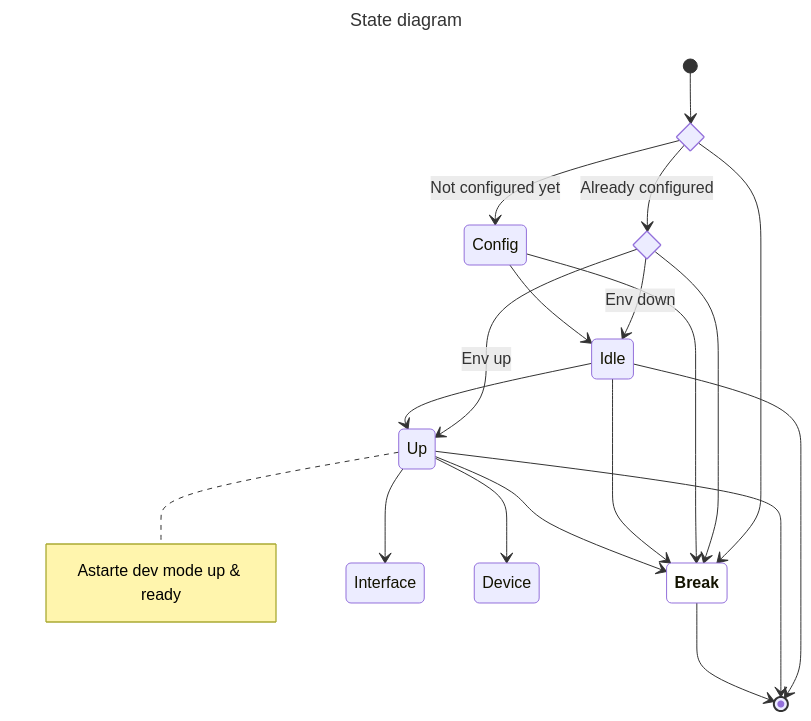
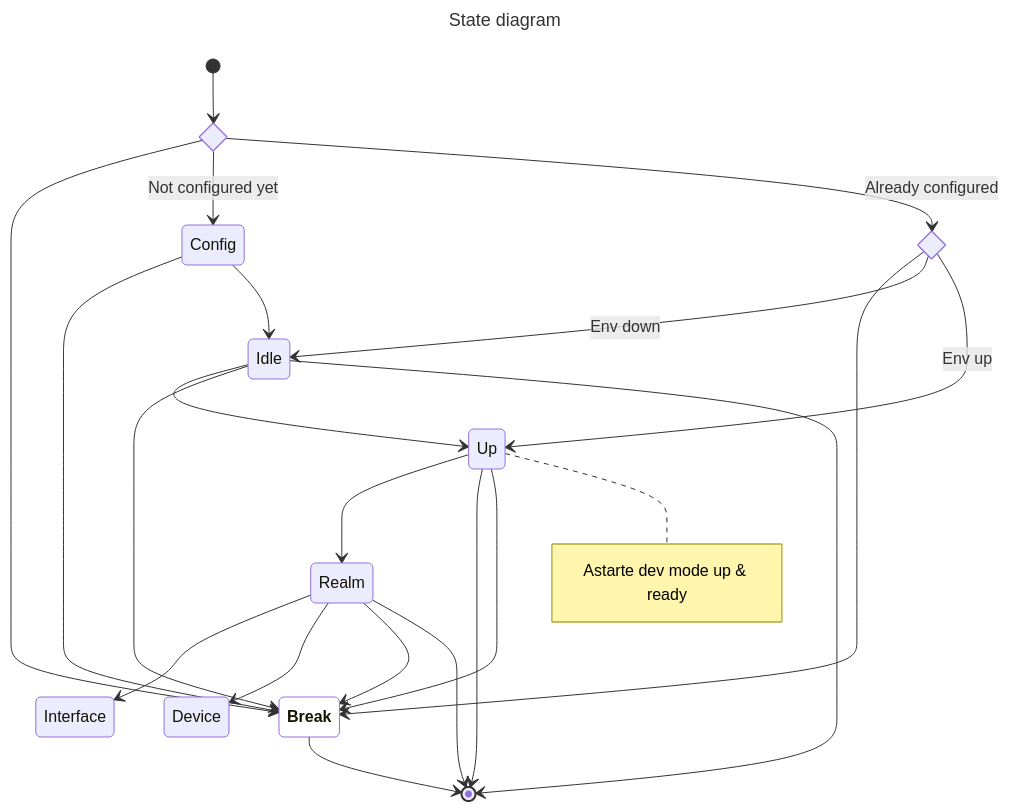
Before and after one commit to shinnokdisengir/astarte-dev-tool: the diagram in README.md, drawn with Mermaid. The commit also changed 5 other files, not shown here.

````diff
--- a/README.md
+++ b/README.md
@@ -3,38 +3,42 @@
 ```mermaid
 ---
 title: State diagram
 ---
 stateDiagram-v2
   direction TB
   %% Definitions
   state ConfigCheck <<choice>>
   state UpCheck <<choice>>
   classDef interrupt font-weight:bold,fill:white
   %% Links
   [*] --> ConfigCheck
 
   ConfigCheck --> Break
   ConfigCheck --> Config: Not configured yet
   ConfigCheck --> UpCheck: Already configured
   
   UpCheck --> Break
   UpCheck --> Idle: Env down
   UpCheck --> Up: Env up
 
   Config --> Break
   Config --> Idle
   
   Idle --> Up
   Idle --> Break
   Idle --> [*]
   
-  Up --> Interface
-  Up --> Device
+  Up --> Realm
   Up --> [*]
   Up --> Break
   note right of Up
       Astarte dev mode up & ready
   end note
 
+  Realm --> Interface
+  Realm --> Device
+  Realm --> Break
+  Realm --> [*]
+
   Break:::interrupt --> [*]
 ```
````
